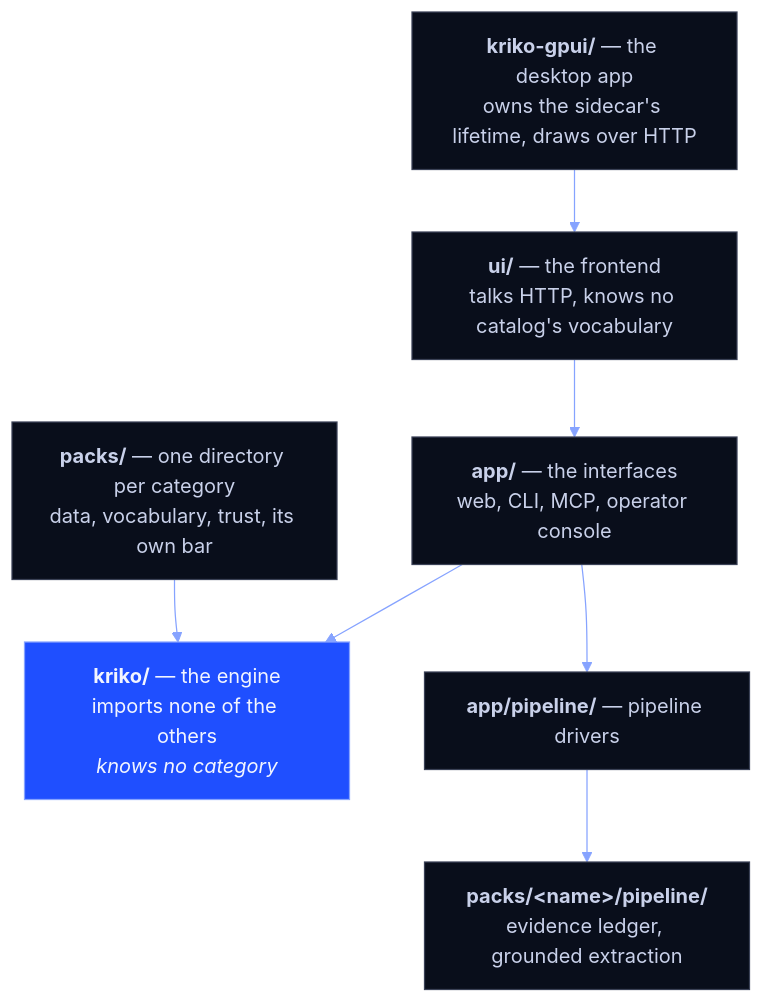
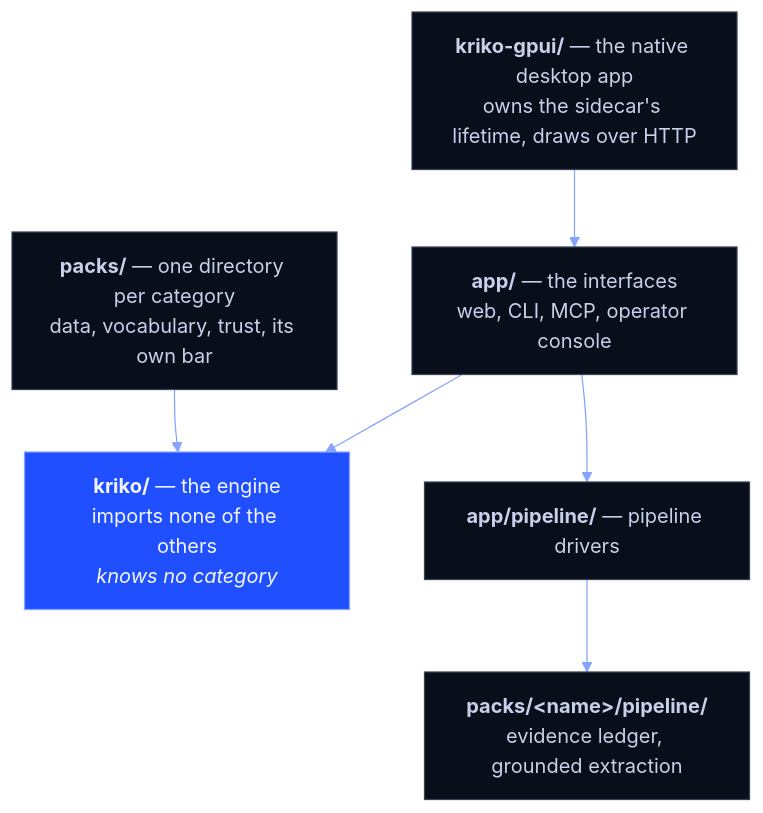
The fourth of 4 diagrams in docs/HOW_IT_WORKS.md (Berbadov/kriko), drawn with Mermaid before and after one commit. The commit also changed 359 other files, not shown here.

````diff
--- a/docs/HOW_IT_WORKS.md
+++ b/docs/HOW_IT_WORKS.md
@@ -105,16 +105,15 @@
 ```mermaid
 %%{init: {"theme":"base","themeVariables":{"fontFamily":"ui-monospace, SFMono-Regular, Consolas, monospace","primaryColor":"#090E1B","primaryTextColor":"#F2F5FF","primaryBorderColor":"#1F4FFF","lineColor":"#86A3FF","secondaryColor":"#1739C2","tertiaryColor":"#080B16","noteBkgColor":"#BFE4FF","noteTextColor":"#05070F","actorBkg":"#090E1B","actorTextColor":"#F2F5FF","actorBorder":"#1F4FFF","signalColor":"#86A3FF","signalTextColor":"#86A3FF"}}}%%
 flowchart TD
-    T["<b>kriko-gpui/</b> — the desktop app<br/>owns the sidecar's lifetime, draws over HTTP"] --> U
-    U["<b>ui/</b> — the frontend<br/>talks HTTP, knows no catalog's vocabulary"] --> A
+    T["<b>kriko-gpui/</b> — the native desktop app<br/>owns the sidecar's lifetime, draws over HTTP"] --> A
     A["<b>app/</b> — the interfaces<br/>web, CLI, MCP, operator console"] --> K
     P["<b>packs/</b> — one directory per category<br/>data, vocabulary, trust, its own bar"] --> K
     A --> PL["<b>app/pipeline/</b> — pipeline drivers"]
     PL --> PP["<b>packs/#lt;name#gt;/pipeline/</b><br/>evidence ledger, grounded extraction"]
     K["<b>kriko/</b> — the engine<br/>imports none of the others<br/><i>knows no category</i>"]
 
     classDef brand  fill:#1F4FFF,stroke:#86A3FF,color:#F2F5FF
     classDef plain  fill:#090E1B,stroke:#3A4156,color:#C9D1EA
     class K brand
     class T,U,A,P,PL,PP plain
 ```
````
